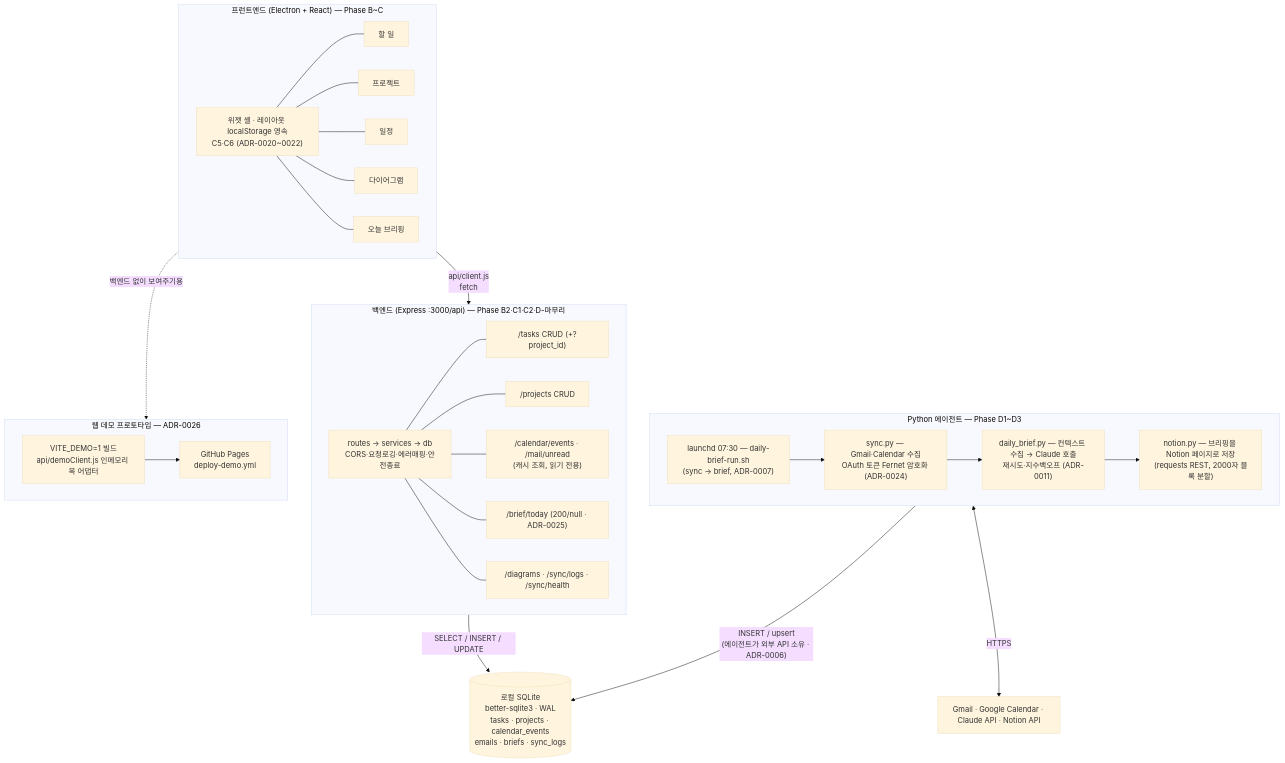
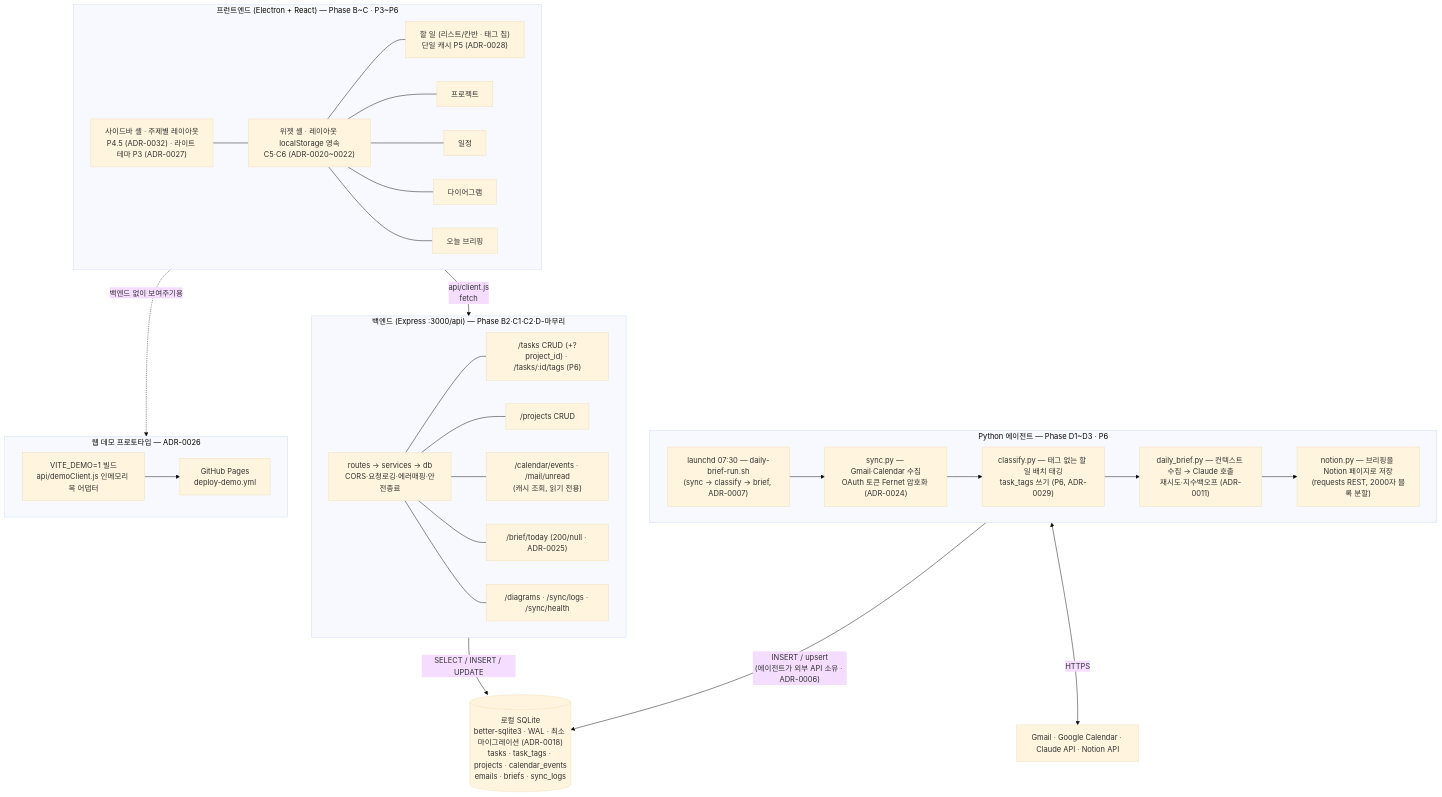
The second of 2 diagrams in README.md (gamercross/my-setup-proj), drawn with Mermaid (base theme) before and after one commit. The commit also changed other lines of this file and 3 other files, not shown here.

````diff
--- a/README.md
+++ b/README.md
@@ -183,42 +193,44 @@
 ```mermaid
 flowchart TB
-  subgraph FE["프런트엔드 (Electron + React) — Phase B~C"]
+  subgraph FE["프런트엔드 (Electron + React) — Phase B~C · P3~P6"]
+    NAV["사이드바 셸 · 주제별 레이아웃<br/>P4.5 (ADR-0032) · 라이트 테마 P3 (ADR-0027)"]
     SHELL["위젯 셸 · 레이아웃 localStorage 영속<br/>C5·C6 (ADR-0020~0022)"]
-    W1["할 일"] & W2["프로젝트"] & W3["일정"] & W4["다이어그램"] & W5["오늘 브리핑"]
-    SHELL --- W1 & W2 & W3 & W4 & W5
+    W1["할 일 (리스트/칸반 · 태그 칩)<br/>단일 캐시 P5 (ADR-0028)"] & W2["프로젝트"] & W3["일정"] & W4["다이어그램"] & W5["오늘 브리핑"]
+    NAV --- SHELL --- W1 & W2 & W3 & W4 & W5
   end
 
   subgraph API["백엔드 (Express :3000/api) — Phase B2·C1·C2·D-마무리"]
     RT["routes → services → db<br/>CORS·요청로깅·에러매핑·안전종료"]
-    EP1["/tasks CRUD (+?project_id)"]
+    EP1["/tasks CRUD (+?project_id) · /tasks/:id/tags (P6)"]
     EP2["/projects CRUD"]
     EP3["/calendar/events · /mail/unread<br/>(캐시 조회, 읽기 전용)"]
     EP4["/brief/today (200/null · ADR-0025)"]
     EP5["/diagrams · /sync/logs · /sync/health"]
     RT --- EP1 & EP2 & EP3 & EP4 & EP5
   end
 
-  DB[("로컬 SQLite<br/>better-sqlite3 · WAL<br/>tasks · projects · calendar_events<br/>emails · briefs · sync_logs")]
+  DB[("로컬 SQLite<br/>better-sqlite3 · WAL · 최소 마이그레이션 (ADR-0018)<br/>tasks · task_tags · projects · calendar_events<br/>emails · briefs · sync_logs")]
 
-  subgraph AGENT["Python 에이전트 — Phase D1~D3"]
+  subgraph AGENT["Python 에이전트 — Phase D1~D3 · P6"]
     SYNC["sync.py — Gmail·Calendar 수집<br/>OAuth 토큰 Fernet 암호화 (ADR-0024)"]
+    CLASSIFY["classify.py — 태그 없는 할 일 배치 태깅<br/>task_tags 쓰기 (P6, ADR-0029)"]
     BRIEF["daily_brief.py — 컨텍스트 수집 → Claude 호출<br/>재시도·지수백오프 (ADR-0011)"]
     NOTION["notion.py — 브리핑을 Notion 페이지로 저장<br/>(requests REST, 2000자 블록 분할)"]
-    SCHED["launchd 07:30 — daily-brief-run.sh<br/>(sync → brief, ADR-0007)"]
-    SCHED --> SYNC --> BRIEF --> NOTION
+    SCHED["launchd 07:30 — daily-brief-run.sh<br/>(sync → classify → brief, ADR-0007)"]
+    SCHED --> SYNC --> CLASSIFY --> BRIEF --> NOTION
   end
 
   EXT["Gmail · Google Calendar · Claude API · Notion API"]
 
   FE -->|"api/client.js<br/>fetch"| API
   API -->|"SELECT / INSERT / UPDATE"| DB
   AGENT -->|"INSERT / upsert<br/>(에이전트가 외부 API 소유 · ADR-0006)"| DB
   AGENT <-->|HTTPS| EXT
 
   subgraph DEMO["웹 데모 프로토타입 — ADR-0026"]
     MOCK["VITE_DEMO=1 빌드<br/>api/demoClient.js 인메모리 목 어댑터"]
     PAGES["GitHub Pages<br/>deploy-demo.yml"]
     MOCK --> PAGES
   end
   FE -.->|"백엔드 없이 보여주기용"| DEMO
 ```
````
